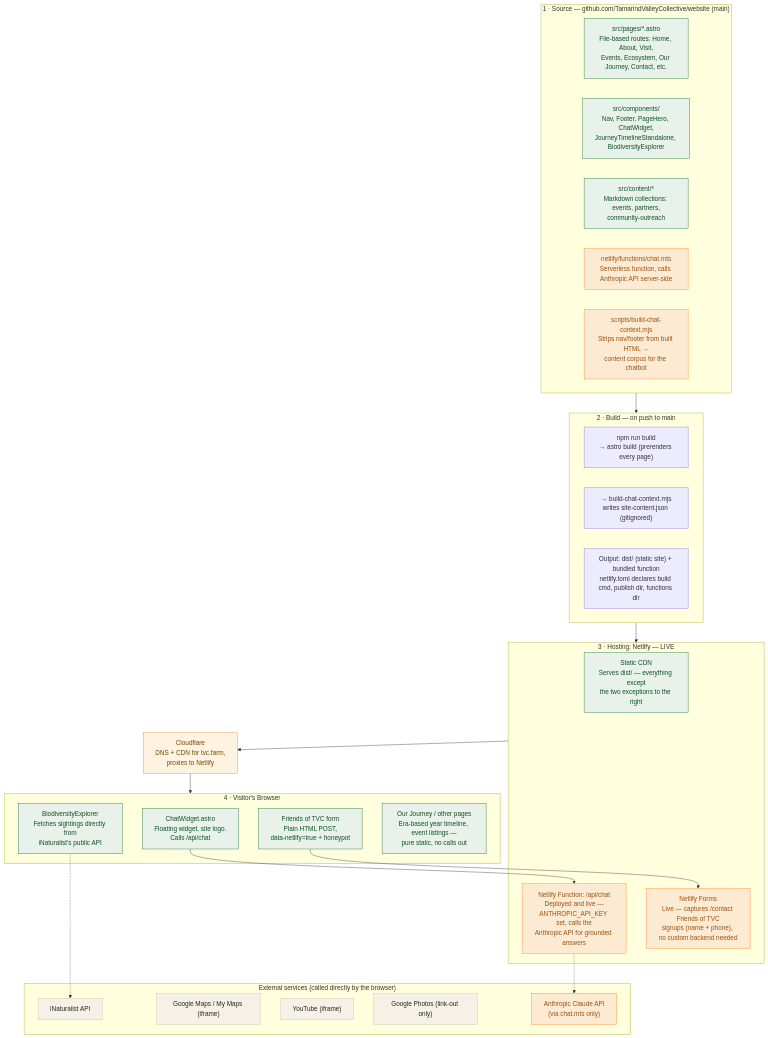
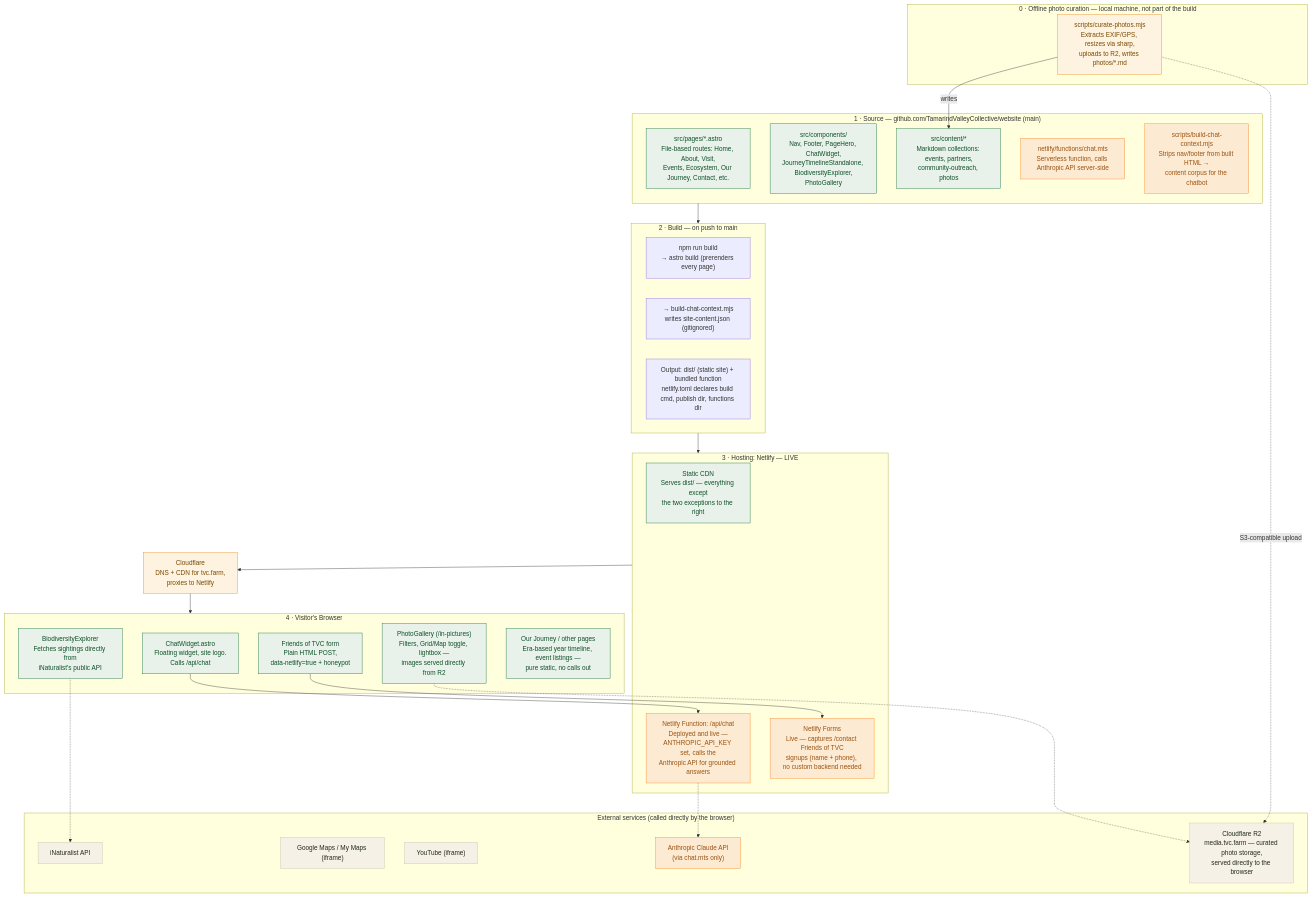
Before and after one commit to TamarindValleyCollective/website: the diagram in ARCHITECTURE.md, drawn with Mermaid. The commit also changed other lines of this file and 1 other file, not shown here.

First line of the commit message:
Document the R2 photo storage architecture

````diff
--- a/ARCHITECTURE.md
+++ b/ARCHITECTURE.md
@@ -20,58 +20,67 @@
 ```mermaid
 flowchart TD
+    subgraph CURATE["0 · Offline photo curation — local machine, not part of the build"]
+        SCRIPT_CURATE["scripts/curate-photos.mjs<br/>Extracts EXIF/GPS, resizes via sharp,<br/>uploads to R2, writes photos/*.md"]
+    end
+
     subgraph SRC["1 · Source — github.com/TamarindValleyCollective/website (main)"]
         PAGES["src/pages/*.astro<br/>File-based routes: Home, About, Visit,<br/>Events, Ecosystem, Our Journey, Contact, etc."]
-        COMPONENTS["src/components/<br/>Nav, Footer, PageHero, ChatWidget,<br/>JourneyTimelineStandalone, BiodiversityExplorer"]
-        CONTENT["src/content/*<br/>Markdown collections: events, partners,<br/>community-outreach"]
+        COMPONENTS["src/components/<br/>Nav, Footer, PageHero, ChatWidget,<br/>JourneyTimelineStandalone, BiodiversityExplorer,<br/>PhotoGallery"]
+        CONTENT["src/content/*<br/>Markdown collections: events, partners,<br/>community-outreach, photos"]
         FUNC_SRC["netlify/functions/chat.mts<br/>Serverless function, calls Anthropic API server-side"]
         SCRIPT_SRC["scripts/build-chat-context.mjs<br/>Strips nav/footer from built HTML →<br/>content corpus for the chatbot"]
     end
 
     subgraph BUILD["2 · Build — on push to main"]
         B1["npm run build<br/>→ astro build (prerenders every page)"]
         B2["→ build-chat-context.mjs<br/>writes site-content.json (gitignored)"]
         B3["Output: dist/ (static site) + bundled function<br/>netlify.toml declares build cmd, publish dir, functions dir"]
     end
 
     subgraph HOST["3 · Hosting: Netlify — LIVE"]
         CDN["Static CDN<br/>Serves dist/ — everything except<br/>the two exceptions to the right"]
         APIFN["Netlify Function: /api/chat<br/>Deployed and live —<br/>ANTHROPIC_API_KEY set, calls the<br/>Anthropic API for grounded answers"]
         FORMS["Netlify Forms<br/>Live — captures /contact Friends of TVC<br/>signups (name + phone), no custom backend needed"]
     end
 
     CF["Cloudflare<br/>DNS + CDN for tvc.farm,<br/>proxies to Netlify"]
 
     subgraph BROWSER["4 · Visitor's Browser"]
         CHATW["ChatWidget.astro<br/>Floating widget, site logo.<br/>Calls /api/chat"]
         NEWS["Friends of TVC form<br/>Plain HTML POST,<br/>data-netlify=true + honeypot"]
         BIODIV["BiodiversityExplorer<br/>Fetches sightings directly from<br/>iNaturalist's public API"]
+        PHOTOS["PhotoGallery (/in-pictures)<br/>Filters, Grid/Map toggle, lightbox —<br/>images served directly from R2"]
         TIMELINE["Our Journey / other pages<br/>Era-based year timeline, event listings —<br/>pure static, no calls out"]
     end
 
     subgraph EXTERNAL["External services (called directly by the browser)"]
         INAT["iNaturalist API"]
         GMAPS["Google Maps / My Maps (iframe)"]
         YT["YouTube (iframe)"]
-        GPHOTOS["Google Photos (link-out only)"]
         ANTHROPIC["Anthropic Claude API<br/>(via chat.mts only)"]
+        R2["Cloudflare R2<br/>media.tvc.farm — curated photo storage,<br/>served directly to the browser"]
     end
 
     SRC --> BUILD
     BUILD --> HOST
     HOST --> CF
     CF --> BROWSER
     BIODIV -.-> INAT
     APIFN -.-> ANTHROPIC
+    PHOTOS -.-> R2
+    SCRIPT_CURATE -.->|"S3-compatible upload"| R2
+    SCRIPT_CURATE -->|"writes"| CONTENT
     CHATW --> APIFN
     NEWS --> FORMS
 
     classDef staticStyle fill:#e8f2ea,stroke:#17723b,color:#0f5029
     classDef netlifyStyle fill:#fdead3,stroke:#f78520,color:#9a5310
     classDef externalStyle fill:#f6f1e7,stroke:#c9c2a8,color:#22291f
     classDef cfStyle fill:#fef3e0,stroke:#e8891c,color:#7a4a00
 
-    class PAGES,COMPONENTS,CONTENT,CHATW,NEWS,BIODIV,TIMELINE,CDN staticStyle
+    class PAGES,COMPONENTS,CONTENT,CHATW,NEWS,BIODIV,PHOTOS,TIMELINE,CDN staticStyle
     class FUNC_SRC,SCRIPT_SRC,APIFN,FORMS,ANTHROPIC netlifyStyle
-    class INAT,GMAPS,YT,GPHOTOS externalStyle
+    class INAT,GMAPS,YT,R2 externalStyle
     class CF cfStyle
+    class SCRIPT_CURATE cfStyle
 ```
````
